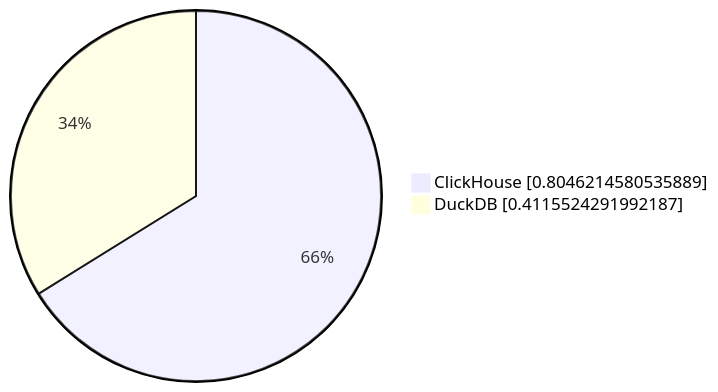
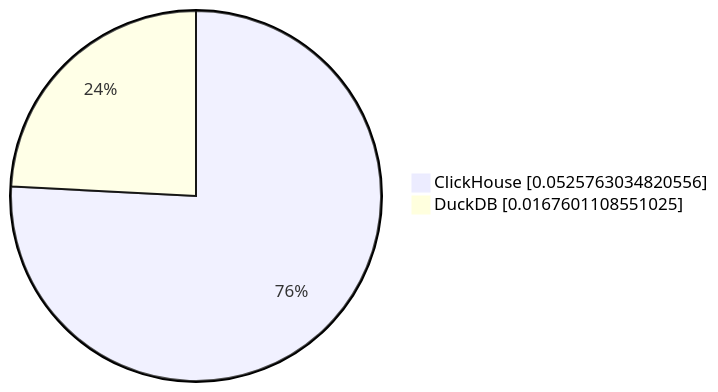
Before and after one commit to Altinity/clickhouse-regression: the fifth of 10 diagrams in parquet/performance/results/README.md, drawn with Mermaid. The commit also changed other lines of this file, not shown here.

````diff
--- a/parquet/performance/results/README.md
+++ b/parquet/performance/results/README.md
@@ -50,5 +50,5 @@
 ```mermaid
      pie showData
-         "ClickHouse" : 0.8046214580535889
-         "DuckDB" : 0.4115524291992187
+         "ClickHouse" : 0.0525763034820556
+         "DuckDB" : 0.0167601108551025
 ```
````
